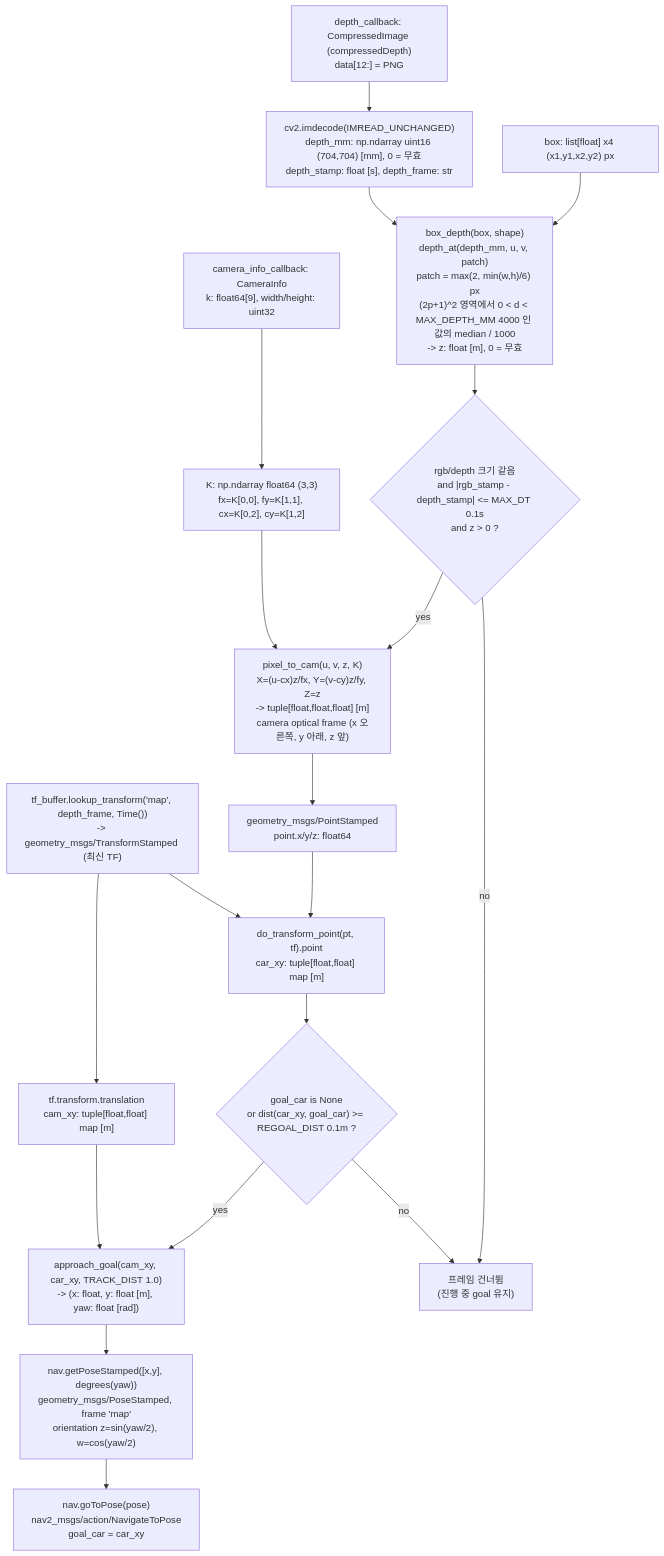
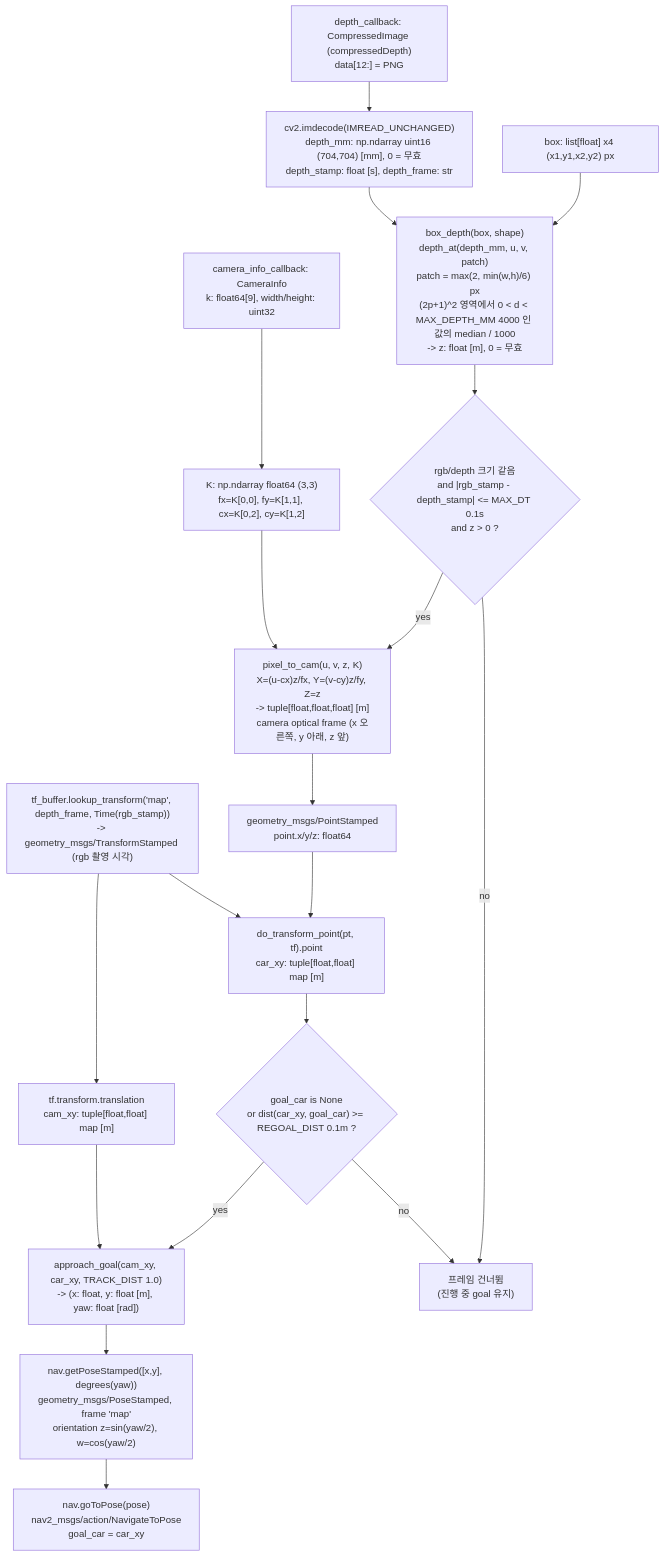
Before and after one commit to choicsh/cobot4_ws_miniproject: the fifth of 7 diagrams in docs/architecture.md, drawn with Mermaid. The commit also changed other lines of this file and 2 other files, not shown here.

First line of the commit message:
fix(mission): TF를 rgb 촬영 시각으로 조회, Ctrl+C 시 정지/goal 취소 보장

````diff
--- a/docs/architecture.md
+++ b/docs/architecture.md
@@ -147,21 +147,21 @@
 ```mermaid
 flowchart TD
     D0["depth_callback: CompressedImage (compressedDepth)<br/>data[12:] = PNG"] --> D1["cv2.imdecode(IMREAD_UNCHANGED)<br/>depth_mm: np.ndarray uint16 (704,704) [mm], 0 = 무효<br/>depth_stamp: float [s], depth_frame: str"]
     K0["camera_info_callback: CameraInfo<br/>k: float64[9], width/height: uint32"] --> K1["K: np.ndarray float64 (3,3)<br/>fx=K[0,0], fy=K[1,1], cx=K[0,2], cy=K[1,2]"]
     BOX["box: list[float] x4 (x1,y1,x2,y2) px"] --> Z
     D1 --> Z["box_depth(box, shape)<br/>depth_at(depth_mm, u, v, patch)<br/>patch = max(2, min(w,h)/6) px<br/>(2p+1)^2 영역에서 0 < d < MAX_DEPTH_MM 4000 인 값의 median / 1000<br/>-> z: float [m], 0 = 무효"]
     Z --> CHK{"rgb/depth 크기 같음<br/>and |rgb_stamp - depth_stamp| <= MAX_DT 0.1s<br/>and z > 0 ?"}
     CHK -- no --> SKIP["프레임 건너뜀<br/>(진행 중 goal 유지)"]
     CHK -- yes --> P["pixel_to_cam(u, v, z, K)<br/>X=(u-cx)z/fx, Y=(v-cy)z/fy, Z=z<br/>-> tuple[float,float,float] [m]<br/>camera optical frame (x 오른쪽, y 아래, z 앞)"]
     K1 --> P
-    TF0["tf_buffer.lookup_transform('map', depth_frame, Time())<br/>-> geometry_msgs/TransformStamped (최신 TF)"] --> T
+    TF0["tf_buffer.lookup_transform('map', depth_frame, Time(rgb_stamp))<br/>-> geometry_msgs/TransformStamped (rgb 촬영 시각)"] --> T
     P --> PS["geometry_msgs/PointStamped<br/>point.x/y/z: float64"]
     PS --> T["do_transform_point(pt, tf).point<br/>car_xy: tuple[float,float] map [m]"]
     TF0 --> CAM["tf.transform.translation<br/>cam_xy: tuple[float,float] map [m]"]
     T --> RG{"goal_car is None<br/>or dist(car_xy, goal_car) >= REGOAL_DIST 0.1m ?"}
     RG -- no --> SKIP
     RG -- yes --> AG["approach_goal(cam_xy, car_xy, TRACK_DIST 1.0)<br/>-> (x: float, y: float [m], yaw: float [rad])"]
     CAM --> AG
     AG --> PO["nav.getPoseStamped([x,y], degrees(yaw))<br/>geometry_msgs/PoseStamped, frame 'map'<br/>orientation z=sin(yaw/2), w=cos(yaw/2)"]
     PO --> GO["nav.goToPose(pose)<br/>nav2_msgs/action/NavigateToPose<br/>goal_car = car_xy"]
 ```
````
